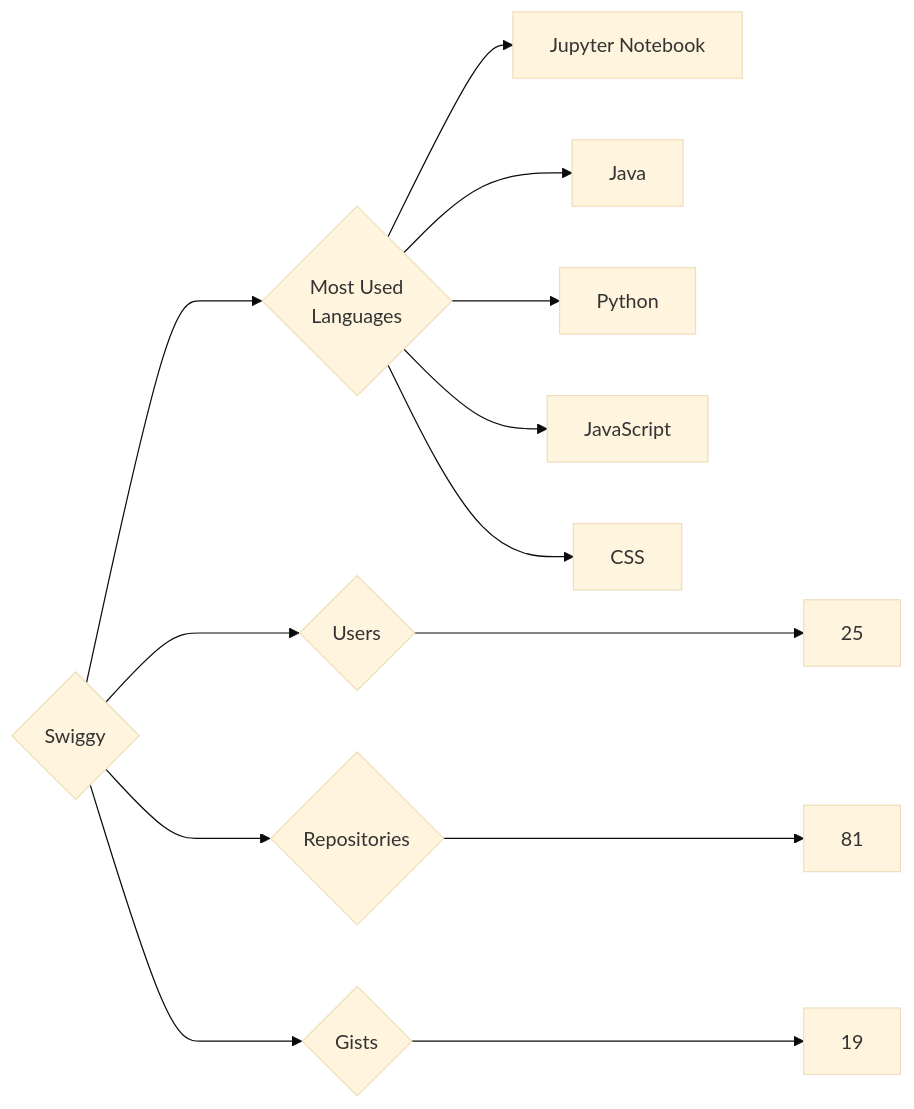
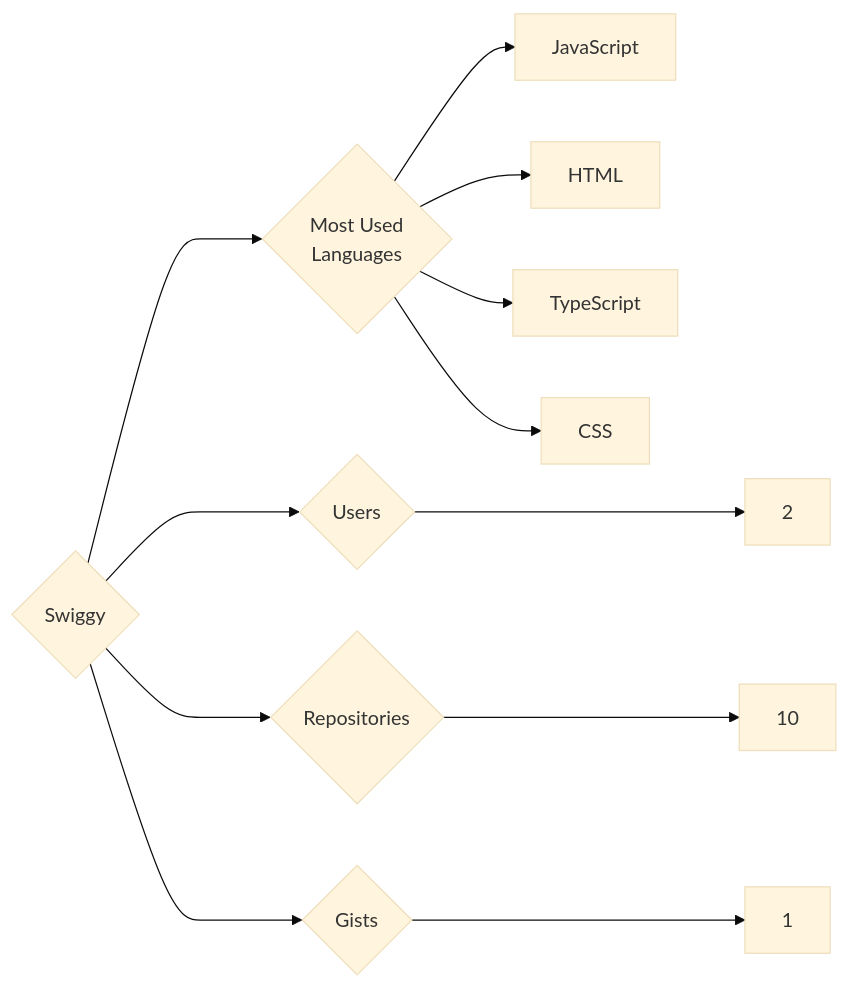
One commit to trickest/insiders changed the diagram in targets/Swiggy/README.md. Above: the diagram before and after it, drawn with Mermaid (base theme). The commit also changed 860 other files, not shown here.

````diff
--- a/targets/Swiggy/README.md
+++ b/targets/Swiggy/README.md
@@ -3,13 +3,12 @@
 ```mermaid
 graph LR
 COMPANY_NAME{Swiggy}
-COMPANY_NAME ---> U{Users} ---> UN[25]
-COMPANY_NAME ---> R{Repositories} ---> RN[81]
-COMPANY_NAME ---> G{Gists} ---> GN[19]
+COMPANY_NAME ---> U{Users} ---> UN[2]
+COMPANY_NAME ---> R{Repositories} ---> RN[10]
+COMPANY_NAME ---> G{Gists} ---> GN[1]
 COMPANY_NAME ---> ML{Most Used<br>Languages}
-ML --> Jupyter_Notebook[Jupyter Notebook]
-ML --> Java[Java]
-ML --> Python[Python]
 ML --> JavaScript[JavaScript]
+ML --> HTML[HTML]
+ML --> TypeScript[TypeScript]
 ML --> CSS[CSS]
 ```
````
